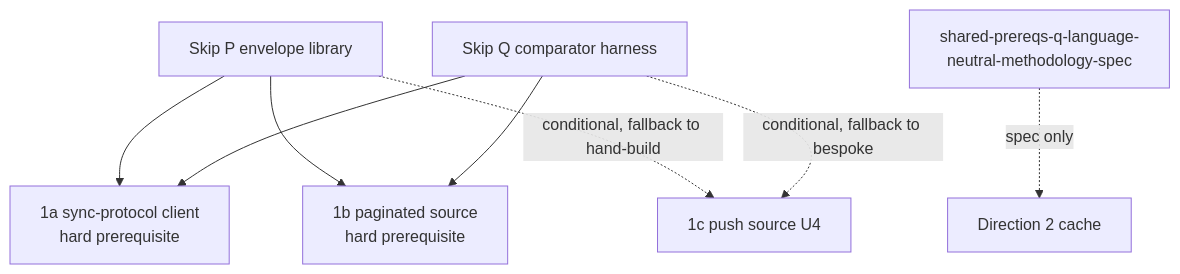
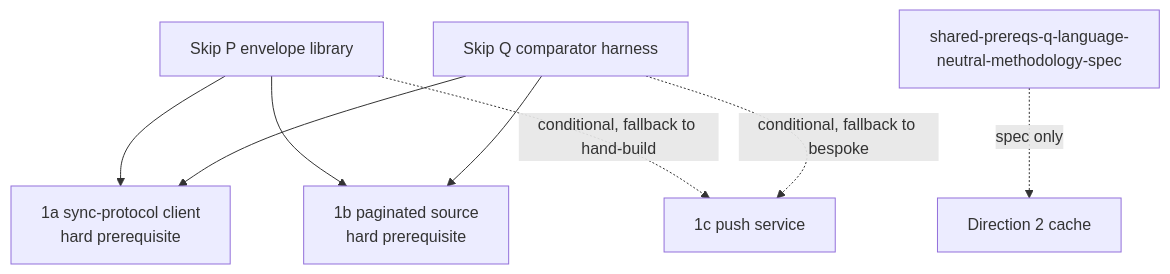
Before and after one commit to billf/skip: the diagram in docs/plans/2026-09-14-skip-shared-prerequisites-plan.md, drawn with Mermaid. The commit also changed other lines of this file and 6 other files, not shown here.

````diff
--- a/docs/plans/2026-09-14-skip-shared-prerequisites-plan.md
+++ b/docs/plans/2026-09-14-skip-shared-prerequisites-plan.md
@@ -19,10 +19,10 @@
 ```mermaid
 graph TD
-    P[Skip P envelope library] --> A1[1a sync-protocol client<br/>hard prerequisite]
-    P --> B1[1b paginated source<br/>hard prerequisite]
-    P -. conditional, fallback to hand-build .-> C1[1c push source U4]
-    Q[Skip Q comparator harness] --> A1
-    Q --> B1
-    Q -. conditional, fallback to bespoke .-> C1
-    SPEC[shared-prereqs-q-language-neutral-methodology-spec] -. spec only .-> D2[Direction 2 cache]
+    P[Skip P envelope library] --> SP1A[1a sync-protocol client<br/>hard prerequisite]
+    P --> SP1B[1b paginated source<br/>hard prerequisite]
+    P -. conditional, fallback to hand-build .-> SP1C[1c push service]
+    Q[Skip Q comparator harness] --> SP1A
+    Q --> SP1B
+    Q -. conditional, fallback to bespoke .-> SP1C
+    SPEC[shared-prereqs-q-language-neutral-methodology-spec] -. spec only .-> DIR2[Direction 2 cache]
 ```
````
